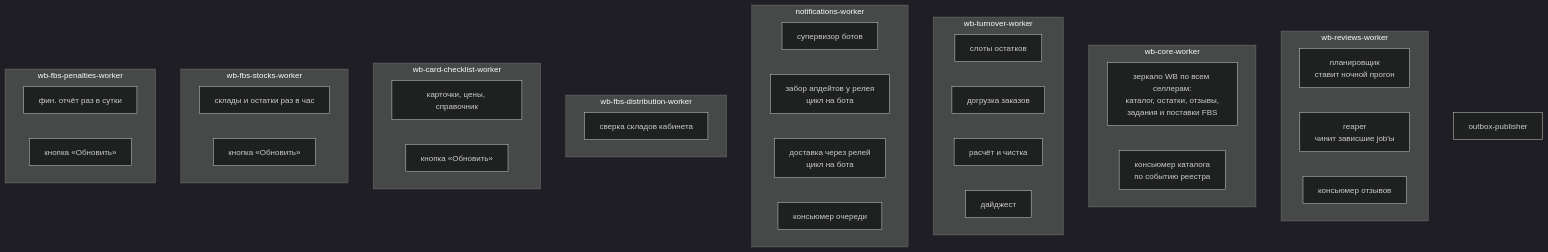
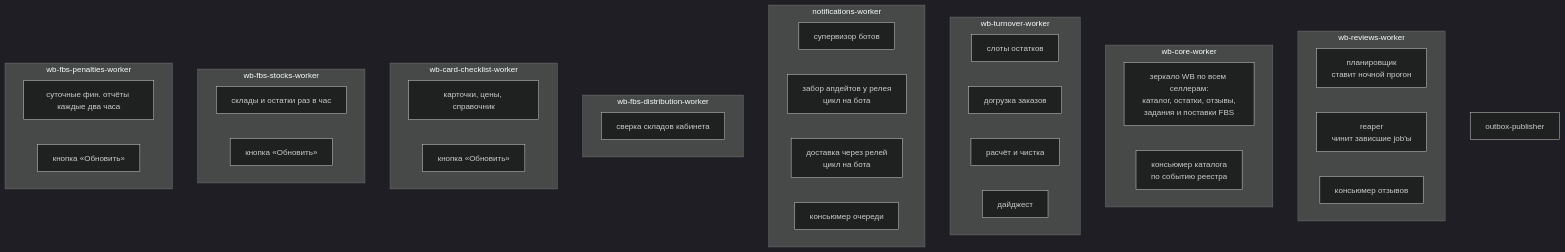
Before and after one commit to krionefishy/karbi: the diagram in docs/architecture/WORKERS.md, drawn with Mermaid (dark theme). The commit also changed other lines of this file and 9 other files, not shown here.

Commit message:
Штрафы FBS: суточные фин. отчёты вместо недельных, опрос списка каждые два часа; суточный внутри прочитанного недельного не перечитывается

````diff
--- a/docs/architecture/WORKERS.md
+++ b/docs/architecture/WORKERS.md
@@ -6,40 +6,40 @@
 ```mermaid
 flowchart TB
     subgraph reviews["wb-reviews-worker"]
         r1["планировщик<br/>ставит ночной прогон"]
         r2["reaper<br/>чинит зависшие job'ы"]
         r3["консьюмер отзывов"]
     end
     subgraph core["wb-core-worker"]
         k1["зеркало WB по всем селлерам:<br/>каталог, остатки, отзывы,<br/>задания и поставки FBS"]
         k2["консьюмер каталога<br/>по событию реестра"]
     end
     subgraph turnover["wb-turnover-worker"]
         t1["слоты остатков"]
         t2["догрузка заказов"]
         t3["расчёт и чистка"]
         t4["дайджест"]
     end
     subgraph notify["notifications-worker"]
         n1["супервизор ботов"]
         n2["забор апдейтов у релея<br/>цикл на бота"]
         n3["доставка через релей<br/>цикл на бота"]
         n4["консьюмер очереди"]
     end
     subgraph fbs["wb-fbs-distribution-worker"]
         f1["сверка складов кабинета"]
     end
     subgraph checklist["wb-card-checklist-worker"]
         c1["карточки, цены, справочник"]
         c2["кнопка «Обновить»"]
     end
     subgraph stocks["wb-fbs-stocks-worker"]
         s1["склады и остатки раз в час"]
         s2["кнопка «Обновить»"]
     end
     subgraph penalties["wb-fbs-penalties-worker"]
-        p1["фин. отчёт раз в сутки"]
+        p1["суточные фин. отчёты каждые два часа"]
         p2["кнопка «Обновить»"]
     end
     outbox["outbox-publisher"]
 ```
````
